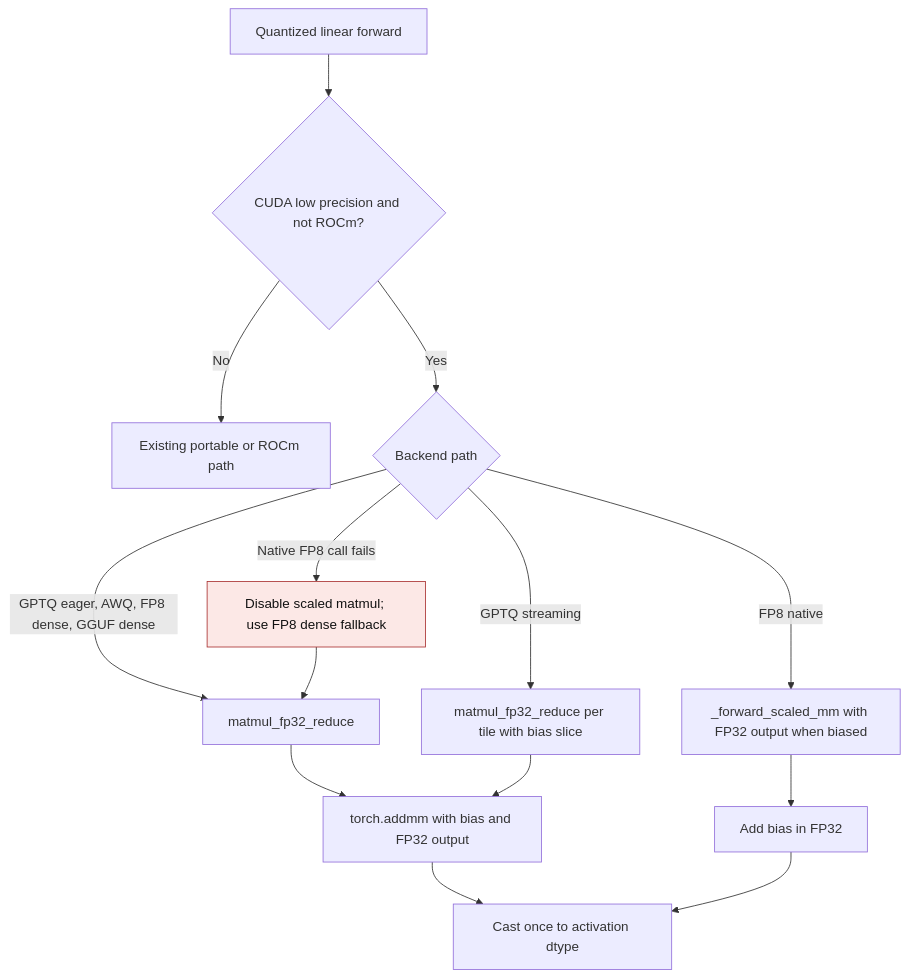
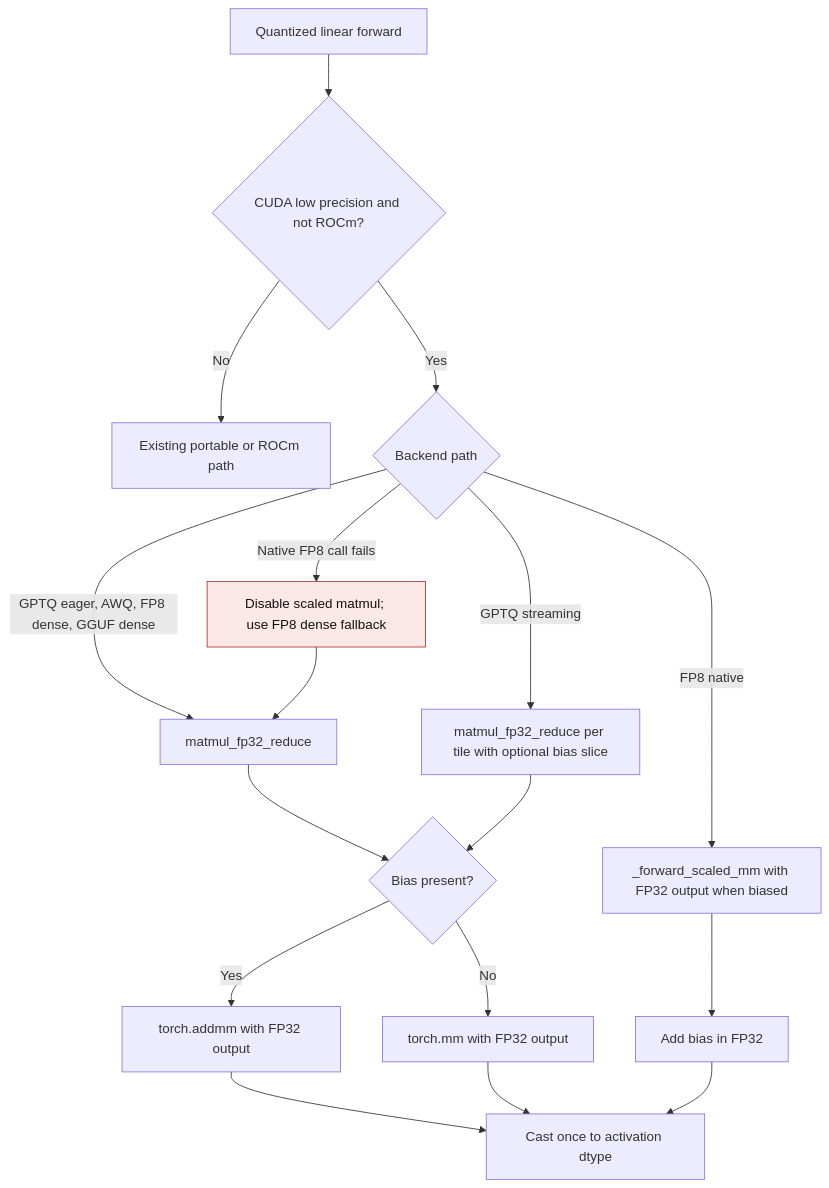
Before and after one commit to ModelCloud/GPTQModel: the first of 2 diagrams in docs/cuda-quantized-bias-epilogue.md, drawn with Mermaid. The commit also changed other lines of this file and 3 other files, not shown here.

Commit message:
fix(cuda): keep unbiased GPTQ streaming reductions in FP32

````diff
--- a/docs/cuda-quantized-bias-epilogue.md
+++ b/docs/cuda-quantized-bias-epilogue.md
@@ -11,18 +14,21 @@
 ```mermaid
 flowchart TD
     A["Quantized linear forward"] --> B{"CUDA low precision and not ROCm?"}
     B -- "No" --> C["Existing portable or ROCm path"]
     B -- "Yes" --> D{"Backend path"}
     D -- "GPTQ eager, AWQ, FP8 dense, GGUF dense" --> E["matmul_fp32_reduce"]
-    D -- "GPTQ streaming" --> F["matmul_fp32_reduce per tile with bias slice"]
+    D -- "GPTQ streaming" --> F["matmul_fp32_reduce per tile with optional bias slice"]
     D -- "FP8 native" --> G["_forward_scaled_mm with FP32 output when biased"]
-    E --> H["torch.addmm with bias and FP32 output"]
+    E --> H{"Bias present?"}
     F --> H
     G --> I["Add bias in FP32"]
-    H --> J["Cast once to activation dtype"]
+    H -- "Yes" --> P["torch.addmm with FP32 output"]
+    H -- "No" --> Q["torch.mm with FP32 output"]
+    P --> J["Cast once to activation dtype"]
+    Q --> J
     I --> J
     D -- "Native FP8 call fails" --> K["Disable scaled matmul; use FP8 dense fallback"]
     K --> E
     classDef failure fill:#fce8e6,stroke:#a33,color:#111
     class K failure
 ```
````
